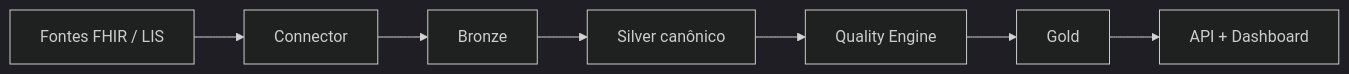
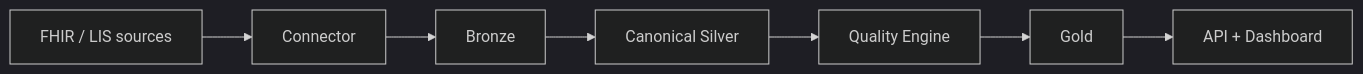
The diagram in README.md (BrunoFOmena/Veyra-Project), drawn with Mermaid (dark theme) before and after one commit. The commit also changed other lines of this file, not shown here.

````diff
--- a/README.md
+++ b/README.md
@@ -104,9 +104,9 @@
 ```mermaid
 flowchart LR
-  SRC[Fontes FHIR / LIS] --> CON[Connector]
+  SRC[FHIR / LIS sources] --> CON[Connector]
   CON --> BR[Bronze]
-  BR --> SV[Silver canônico]
+  BR --> SV[Canonical Silver]
   SV --> DQ[Quality Engine]
   DQ --> GL[Gold]
   GL --> SRV[API + Dashboard]
 ```
````
